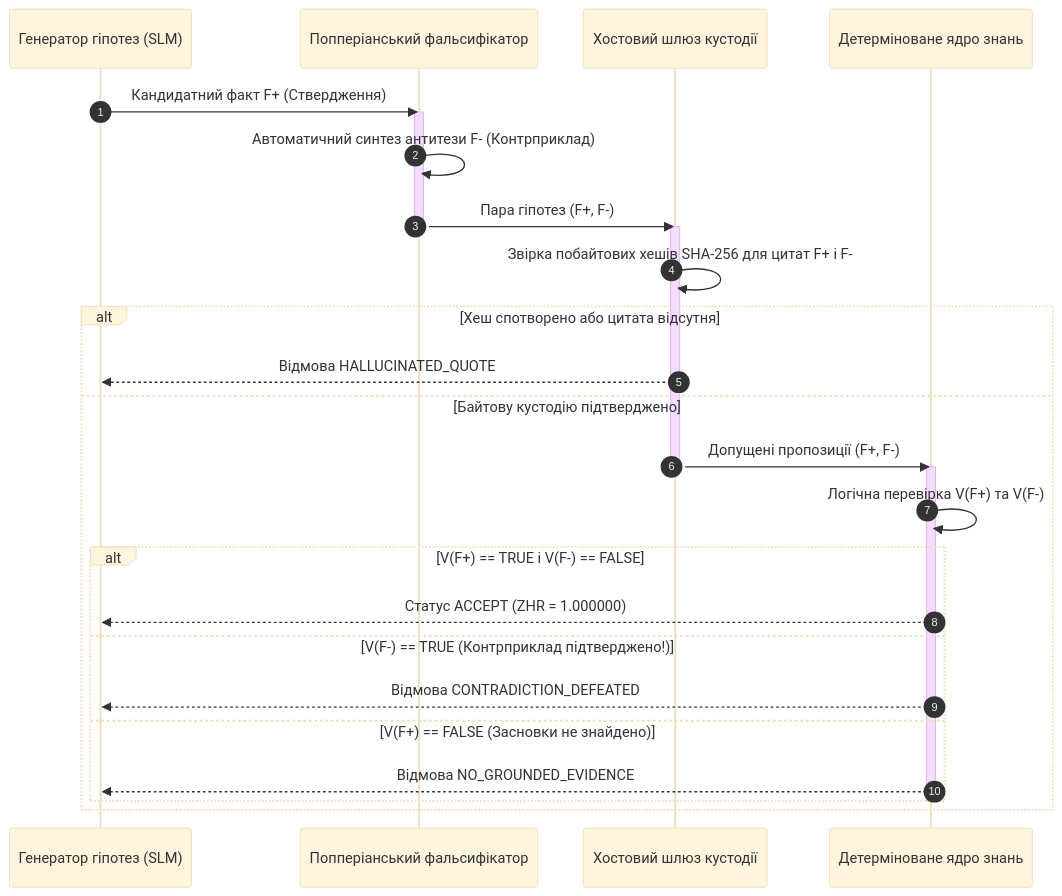
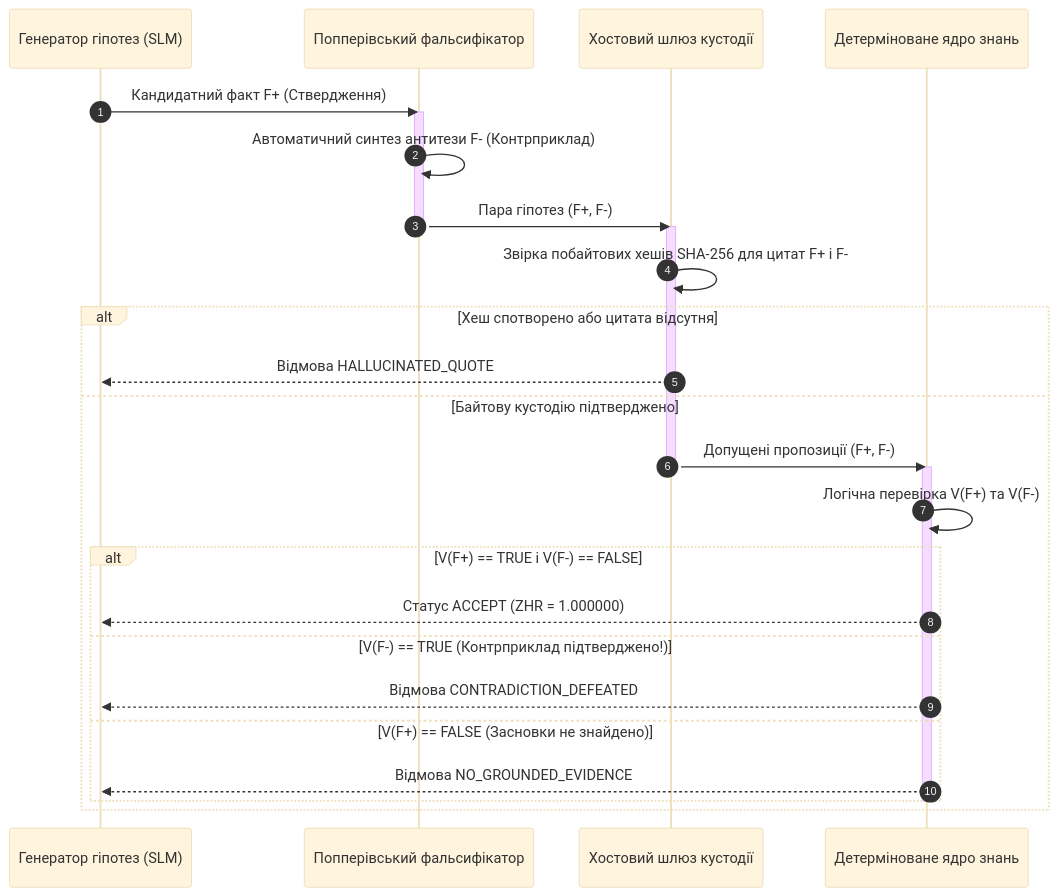
The third of 6 diagrams in ExpertSystem/ch38-curing-machine-hallucinations-and-knowledge-deficits.md (nick-fedchik/articles), drawn with Mermaid (base theme) before and after one commit. The commit also changed other lines of this file and 12 other files, not shown here.

Commit message:
docs(meta): replace calque попперіанський with canonical Ukrainian form попперівський across monograph

````diff
--- a/ExpertSystem/ch38-curing-machine-hallucinations-and-knowledge-deficits.md
+++ b/ExpertSystem/ch38-curing-machine-hallucinations-and-knowledge-deficits.md
@@ -263,34 +263,34 @@
 ```mermaid
 sequenceDiagram
     autonumber
     participant Gen as Генератор гіпотез (SLM)
-    participant Falsifier as Попперіанський фальсифікатор
+    participant Falsifier as Попперівський фальсифікатор
     participant Gate as Хостовий шлюз кустодії
     participant Verifier as Детерміноване ядро знань
 
     Gen->>Falsifier: Кандидатний факт F+ (Ствердження)
     activate Falsifier
     Falsifier->>Falsifier: Автоматичний синтез антитези F- (Контрприклад)
     Falsifier->>Gate: Пара гіпотез (F+, F-)
     deactivate Falsifier
 
     activate Gate
     Gate->>Gate: Звірка побайтових хешів SHA-256 для цитат F+ і F-
     alt Хеш спотворено або цитата відсутня
         Gate-->>Gen: Відмова HALLUCINATED_QUOTE
     else Байтову кустодію підтверджено
         Gate->>Verifier: Допущені пропозиції (F+, F-)
         deactivate Gate
         activate Verifier
         Verifier->>Verifier: Логічна перевірка V(F+) та V(F-)
 
         alt V(F+) == TRUE і V(F-) == FALSE
             Verifier-->>Gen: Статус ACCEPT (ZHR = 1.000000)
         else V(F-) == TRUE (Контрприклад підтверджено!)
             Verifier-->>Gen: Відмова CONTRADICTION_DEFEATED
         else V(F+) == FALSE (Засновки не знайдено)
             Verifier-->>Gen: Відмова NO_GROUNDED_EVIDENCE
         end
         deactivate Verifier
     end
 ```
````
